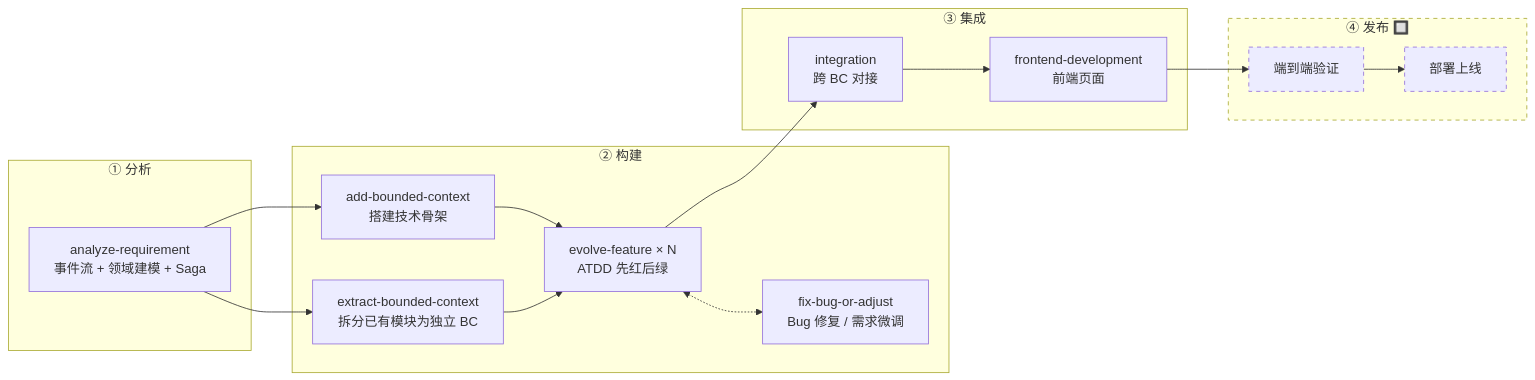
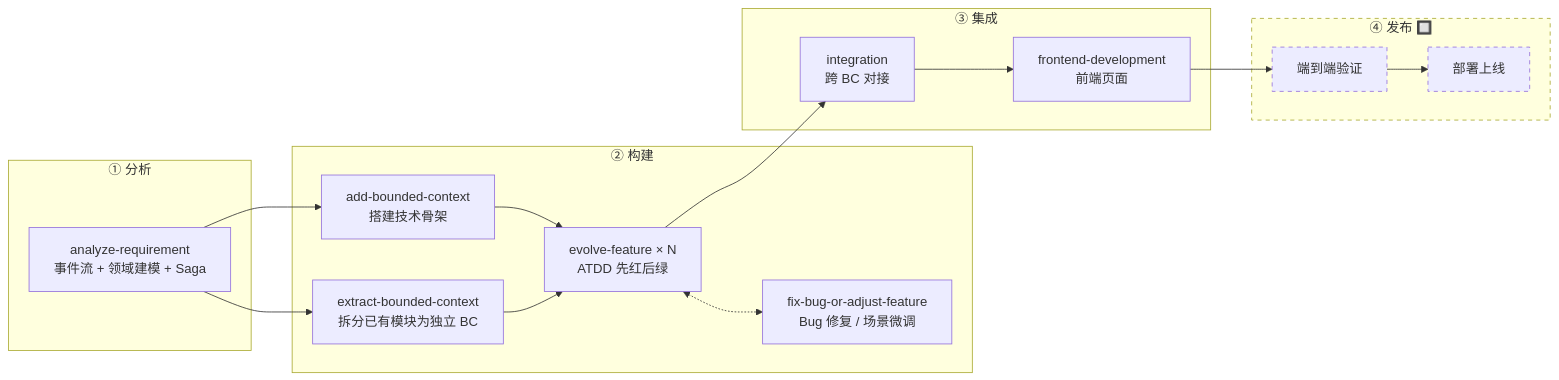
One commit to mianhe/HMall changed the second of 2 diagrams in .cursor/skills/README.md. Above: the diagram before and after it, drawn with Mermaid. The commit also changed other lines of this file and 143 other files, not shown here.

````diff
--- a/.cursor/skills/README.md
+++ b/.cursor/skills/README.md
@@ -77,37 +79,37 @@
 ```mermaid
 flowchart LR
     subgraph 分析["① 分析"]
         AR[analyze-requirement<br/>事件流 + 领域建模 + Saga]
     end
 
     subgraph 构建["② 构建"]
         ABC[add-bounded-context<br/>搭建技术骨架]
         XBC[extract-bounded-context<br/>拆分已有模块为独立 BC]
         EF[evolve-feature × N<br/>ATDD 先红后绿]
-        FIX[fix-bug-or-adjust<br/>Bug 修复 / 需求微调]
+        FIX[fix-bug-or-adjust-feature<br/>Bug 修复 / 场景微调]
         ABC --> EF
         XBC --> EF
         EF <-.-> FIX
     end
 
     subgraph 集成["③ 集成"]
         INT[integration<br/>跨 BC 对接]
         FE[frontend-development<br/>前端页面]
         INT --> FE
     end
 
     subgraph 发布["④ 发布 🔲"]
         E2E[端到端验证]
         DEPLOY[部署上线]
         E2E --> DEPLOY
     end
 
     AR --> ABC
     AR --> XBC
     EF --> INT
     FE --> E2E
 
     style 发布 stroke-dasharray: 5 5
     style E2E stroke-dasharray: 5 5
     style DEPLOY stroke-dasharray: 5 5
 ```
````
